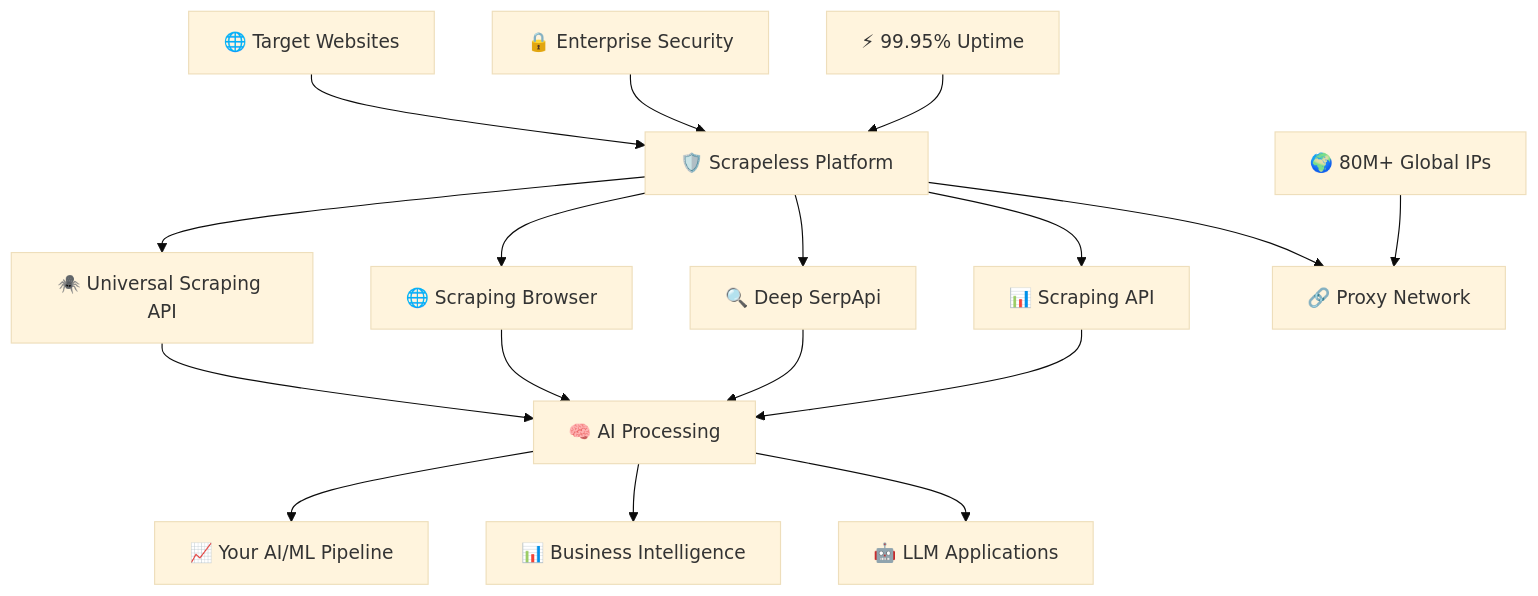
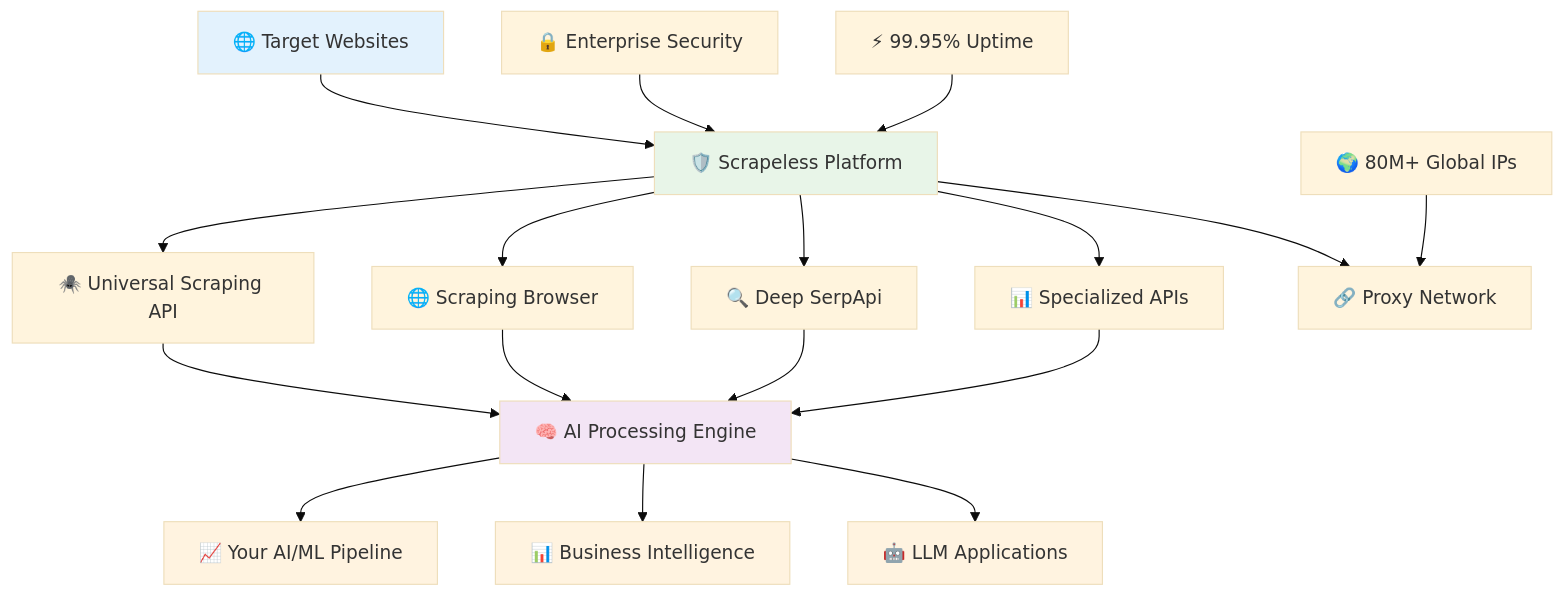
Before and after one commit to itsOwen/scrapeless: the first of 10 diagrams in README.md, drawn with Mermaid (base theme). The commit also changed other lines of this file, not shown here.

````diff
--- a/README.md
+++ b/README.md
@@ -44,23 +69,30 @@
 ```mermaid
 graph TB
     A[🌐 Target Websites] --> B[🛡️ Scrapeless Platform]
     
     B --> C[🕷️ Universal Scraping API]
-    B --> D[🌐 Scraping Browser]
+    B --> D[🌐 Scraping Browser] 
     B --> E[🔍 Deep SerpApi]
-    B --> F[📊 Scraping API]
+    B --> F[📊 Specialized APIs]
     B --> G[🔗 Proxy Network]
     
-    C --> H[🧠 AI Processing]
+    C --> H[🧠 AI Processing Engine]
     D --> H
     E --> H
     F --> H
     
     H --> I[📈 Your AI/ML Pipeline]
     H --> J[📊 Business Intelligence]
     H --> K[🤖 LLM Applications]
     
     L[🌍 80M+ Global IPs] --> G
     M[🔒 Enterprise Security] --> B
     N[⚡ 99.95% Uptime] --> B
+    
+    style A fill:#e3f2fd
+    style B fill:#e8f5e8
+    style H fill:#f3e5f5
+    style I fill:#fff3e0
+    style J fill:#fff3e0
+    style K fill:#fff3e0
 ```
````
